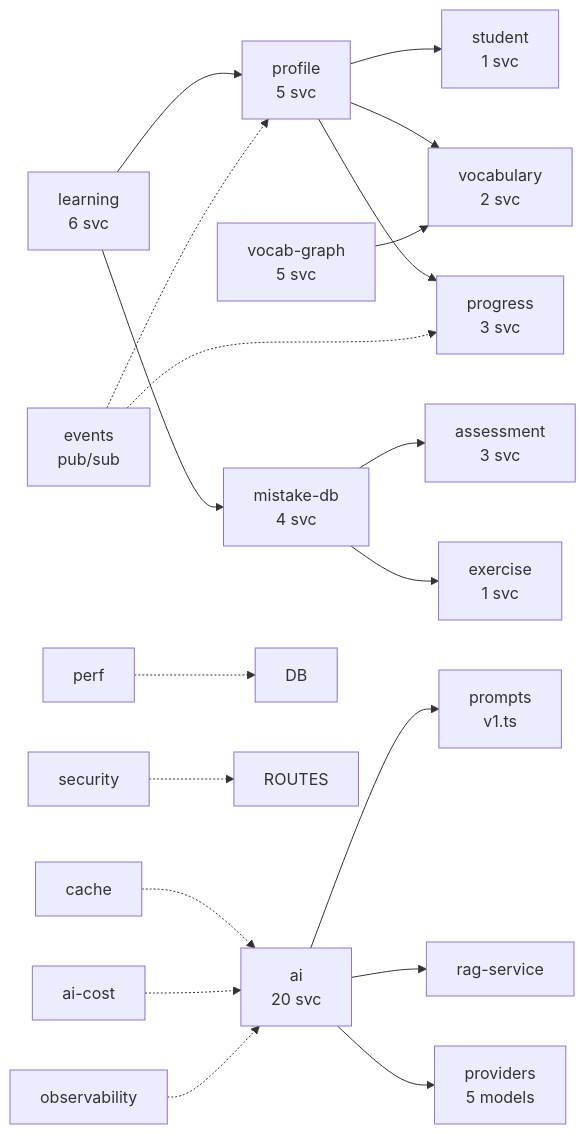
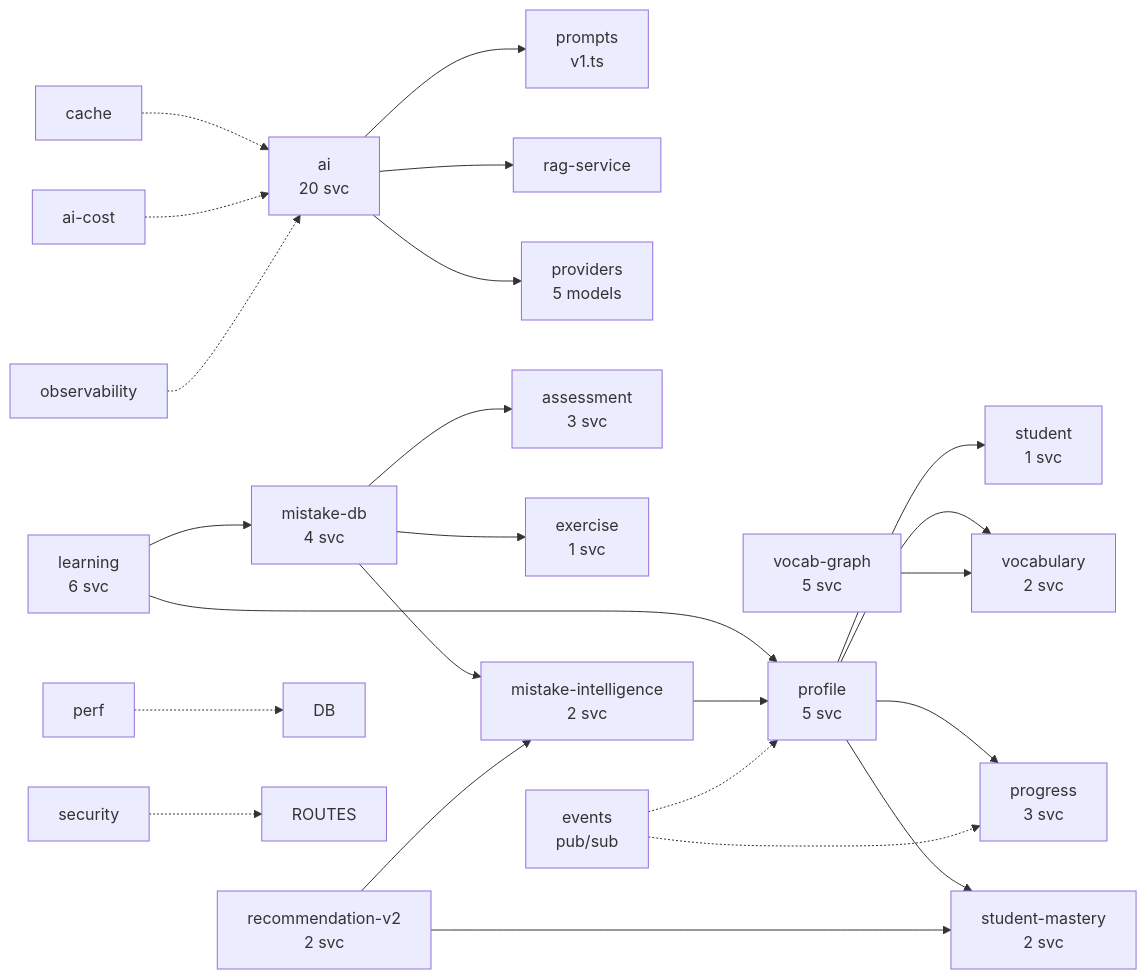
One commit to ipwh/ai-english-platform changed the second of 3 diagrams in docs/ARCHITECTURE.md. Above: the diagram before and after it, drawn with Mermaid. The commit also changed other lines of this file and 63 other files, not shown here.

````diff
--- a/docs/ARCHITECTURE.md
+++ b/docs/ARCHITECTURE.md
@@ -67,27 +70,34 @@
 ```mermaid
 graph LR
     AI[ai<br/>20 svc] --> PROMPTS[prompts<br/>v1.ts]
     AI --> RAG[rag-service]
     AI --> PROVIDERS[providers<br/>5 models]
 
     LEARNING[learning<br/>6 svc] --> PROFILE[profile<br/>5 svc]
     LEARNING --> MISTAKE[mistake-db<br/>4 svc]
 
     PROFILE --> STUDENT[student<br/>1 svc]
     PROFILE --> VOCAB[vocabulary<br/>2 svc]
     PROFILE --> PROGRESS[progress<br/>3 svc]
+    PROFILE --> MASTERY[student-mastery<br/>2 svc]
 
     MISTAKE --> ASSESS[assessment<br/>3 svc]
     MISTAKE --> EXERCISE[exercise<br/>1 svc]
+    MISTAKE --> MISTAKE_INTEL[mistake-intelligence<br/>2 svc]
+
+    MISTAKE_INTEL --> PROFILE
+
+    RECO_V2[recommendation-v2<br/>2 svc] --> MASTERY
+    RECO_V2 --> MISTAKE_INTEL
 
     VOCAB_GRAPH[vocab-graph<br/>5 svc] --> VOCAB
 
     EVENTS[events<br/>pub/sub] -.-> PROFILE
     EVENTS -.-> PROGRESS
 
     CACHE[cache] -.-> AI
     COST[ai-cost] -.-> AI
     PERF[perf] -.-> DB
     SEC[security] -.-> ROUTES
     OBS[observability] -.-> AI
 ```
````
